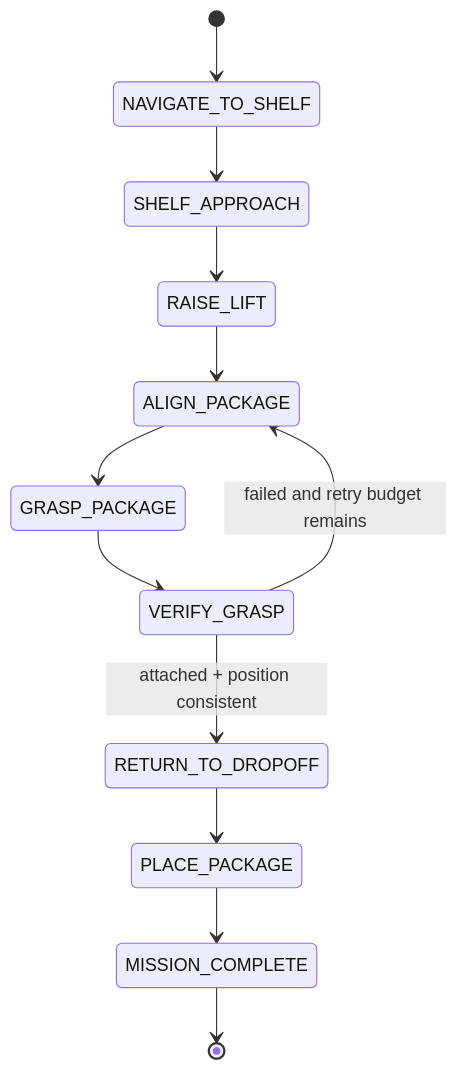
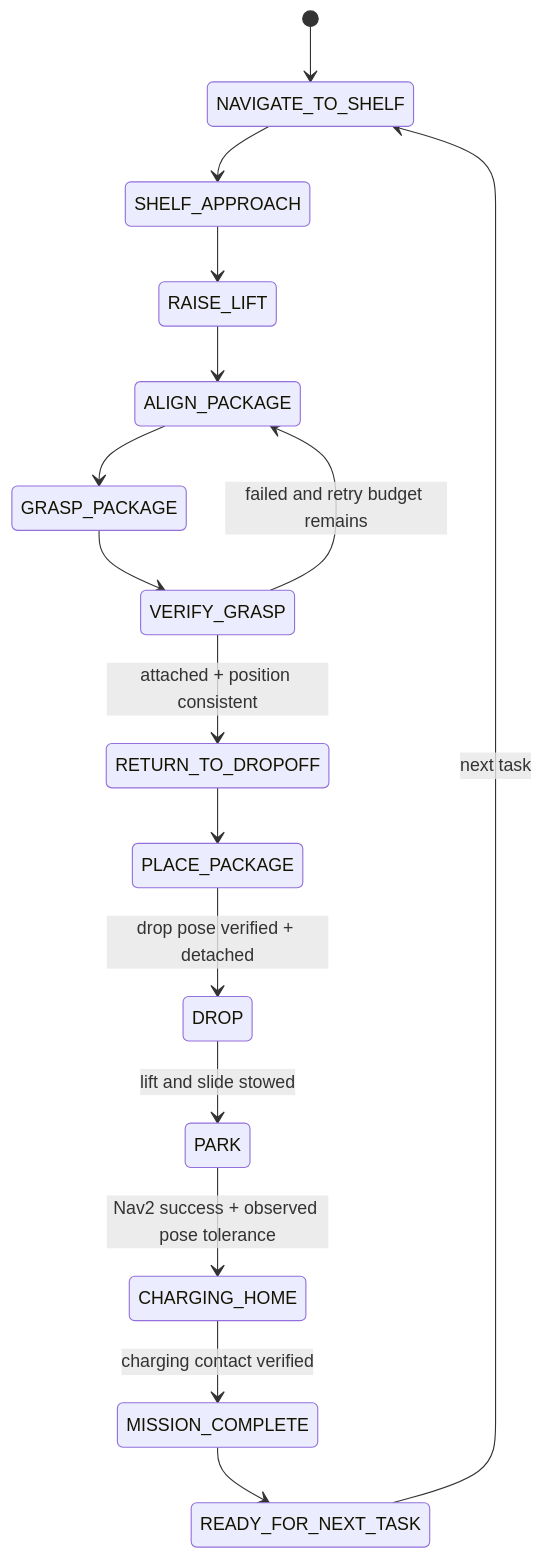
One commit to AmightyK/workshop changed the second of 2 diagrams in warehouse_agv_demo/docs/warehouse_vjepa_mission.md. Above: the diagram before and after it, drawn with Mermaid. The commit also changed other lines of this file and 24 other files, not shown here.

````diff
--- a/warehouse_agv_demo/docs/warehouse_vjepa_mission.md
+++ b/warehouse_agv_demo/docs/warehouse_vjepa_mission.md
@@ -60,14 +65,18 @@
 ```mermaid
 stateDiagram-v2
     [*] --> NAVIGATE_TO_SHELF
     NAVIGATE_TO_SHELF --> SHELF_APPROACH
     SHELF_APPROACH --> RAISE_LIFT
     RAISE_LIFT --> ALIGN_PACKAGE
     ALIGN_PACKAGE --> GRASP_PACKAGE
     GRASP_PACKAGE --> VERIFY_GRASP
     VERIFY_GRASP --> ALIGN_PACKAGE: failed and retry budget remains
     VERIFY_GRASP --> RETURN_TO_DROPOFF: attached + position consistent
     RETURN_TO_DROPOFF --> PLACE_PACKAGE
-    PLACE_PACKAGE --> MISSION_COMPLETE
-    MISSION_COMPLETE --> [*]
+    PLACE_PACKAGE --> DROP: drop pose verified + detached
+    DROP --> PARK: lift and slide stowed
+    PARK --> CHARGING_HOME: Nav2 success + observed pose tolerance
+    CHARGING_HOME --> MISSION_COMPLETE: charging contact verified
+    MISSION_COMPLETE --> READY_FOR_NEXT_TASK
+    READY_FOR_NEXT_TASK --> NAVIGATE_TO_SHELF: next task
 ```
````
